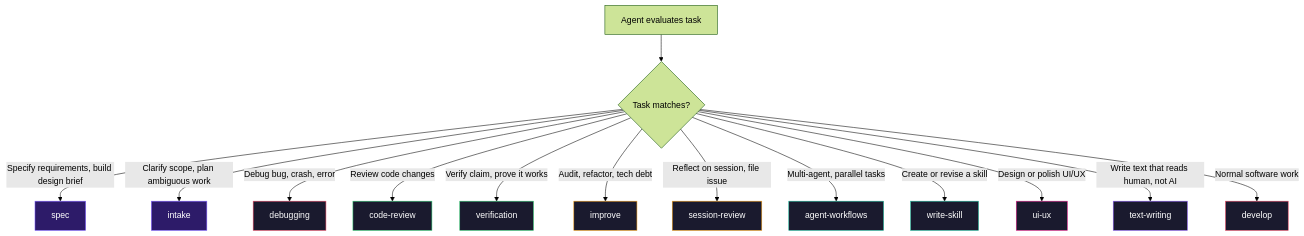
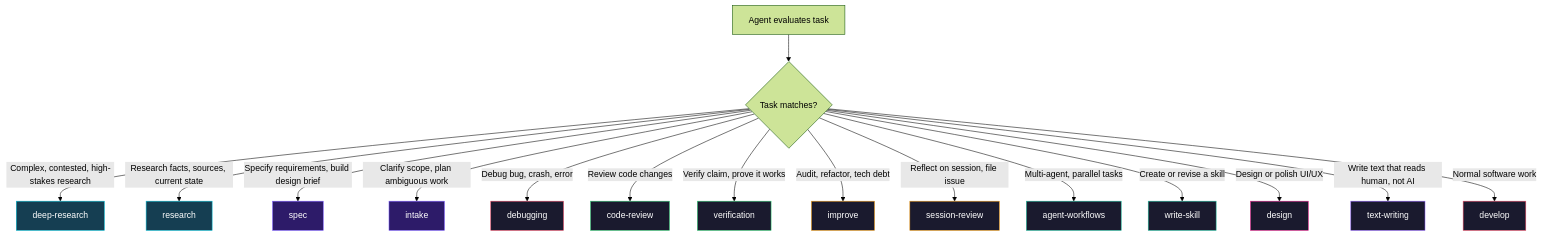
Before and after one commit to MarkBovee/agent-skills-kit: the second of 2 diagrams in README.md, drawn with Mermaid (forest theme). The commit also changed other lines of this file and 263 other files, not shown here.

````diff
--- a/README.md
+++ b/README.md
@@ -362,29 +368,33 @@
 ```mermaid
 flowchart TD
     A[Agent evaluates task] --> B{Task matches?}
+    B -->|Complex, contested, high-stakes research| DR[deep-research]
+    B -->|Research facts, sources, current state| RS[research]
     B -->|Specify requirements, build design brief| S[spec]
     B -->|Clarify scope, plan ambiguous work| I[intake]
     B -->|Debug bug, crash, error| D[debugging]
     B -->|Review code changes| CR[code-review]
     B -->|Verify claim, prove it works| V[verification]
     B -->|Audit, refactor, tech debt| R[improve]
     B -->|Reflect on session, file issue| G[session-review]
     B -->|Multi-agent, parallel tasks| A2[agent-workflows]
     B -->|Create or revise a skill| W[write-skill]
-    B -->|Design or polish UI/UX| U[ui-ux]
+    B -->|Design or polish UI/UX| U[design]
     B -->|Write text that reads human, not AI| T[text-writing]
     B -->|Normal software work| DE[develop]
 
+    style DR fill:#153e52,stroke:#00bcd4,color:#fff
+    style RS fill:#153e52,stroke:#00bcd4,color:#fff
     style S fill:#2d1b69,stroke:#7C5CFF,color:#fff
     style I fill:#2d1b69,stroke:#7C5CFF,color:#fff
     style D fill:#1a1a2e,stroke:#e94560,color:#fff
     style DE fill:#1a1a2e,stroke:#e94560,color:#fff
     style CR fill:#1a1a2e,stroke:#2ecc71,color:#fff
     style V fill:#1a1a2e,stroke:#2ecc71,color:#fff
     style R fill:#1a1a2e,stroke:#f39c12,color:#fff
     style G fill:#1a1a2e,stroke:#f39c12,color:#fff
     style A2 fill:#1a1a2e,stroke:#1abc9c,color:#fff
     style W fill:#1a1a2e,stroke:#1abc9c,color:#fff
     style U fill:#1a1a2e,stroke:#e91e8c,color:#fff
     style T fill:#1a1a2e,stroke:#8b5cf6,color:#fff
 ```
````
